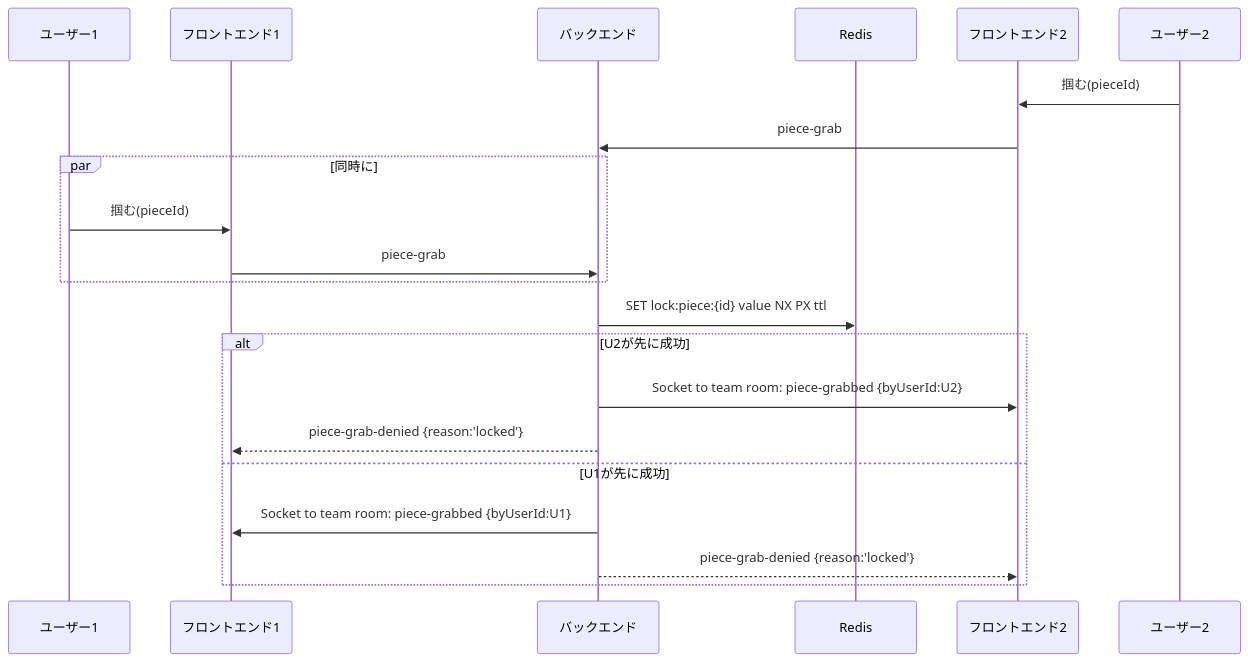
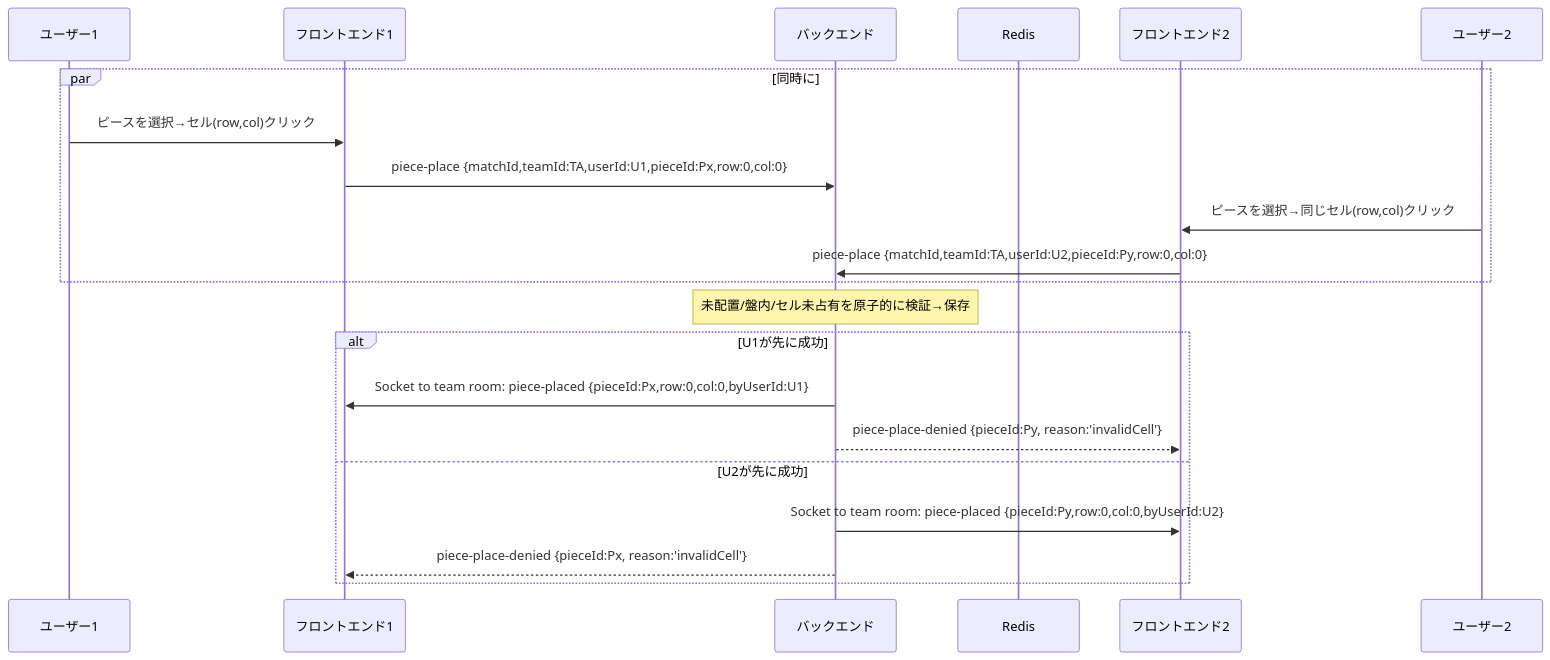
One commit to kotek-7/minpuzz changed the diagram in docs/in-game/sequence-in-game-conflict.mmd. Above: the diagram before and after it, drawn with Mermaid. The commit also changed 4 other files, not shown here.

```diff
--- a/docs/in-game/sequence-in-game-conflict.mmd
+++ b/docs/in-game/sequence-in-game-conflict.mmd
@@ -1,25 +1,25 @@
 %%{init: {'theme':'default', 'themeVariables': {'primaryColor': '#4f46e5', 'primaryTextColor': '#fff', 'primaryBorderColor': '#3730a3', 'lineColor': '#374151', 'secondaryColor': '#e5e7eb', 'tertiaryColor': '#f3f4f6'}}}%%
 
-%% 同時掴み競合（相互排他）
+%% 同時配置競合（先着優先）
 sequenceDiagram
     participant U1 as ユーザー1
     participant F1 as フロントエンド1
     participant B as バックエンド
     participant R as Redis
     participant F2 as フロントエンド2
     participant U2 as ユーザー2
 
-    U2->>F2: 掴む(pieceId)
-    F2->>B: piece-grab
     par 同時に
-        U1->>F1: 掴む(pieceId)
-        F1->>B: piece-grab
+        U1->>F1: ピースを選択→セル(row,col)クリック
+        F1->>B: piece-place {matchId,teamId:TA,userId:U1,pieceId:Px,row:0,col:0}
+        U2->>F2: ピースを選択→同じセル(row,col)クリック
+        F2->>B: piece-place {matchId,teamId:TA,userId:U2,pieceId:Py,row:0,col:0}
     end
-    B->>R: SET lock:piece:{id} value NX PX ttl
-    alt U2が先に成功
-        B->>F2: Socket to team room: piece-grabbed {byUserId:U2}
-        B-->>F1: piece-grab-denied {reason:'locked'}
-    else U1が先に成功
-        B->>F1: Socket to team room: piece-grabbed {byUserId:U1}
-        B-->>F2: piece-grab-denied {reason:'locked'}
+    Note over B: 未配置/盤内/セル未占有を原子的に検証→保存
+    alt U1が先に成功
+        B->>F1: Socket to team room: piece-placed {pieceId:Px,row:0,col:0,byUserId:U1}
+        B-->>F2: piece-place-denied {pieceId:Py, reason:'invalidCell'}
+    else U2が先に成功
+        B->>F2: Socket to team room: piece-placed {pieceId:Py,row:0,col:0,byUserId:U2}
+        B-->>F1: piece-place-denied {pieceId:Px, reason:'invalidCell'}
     end
```
